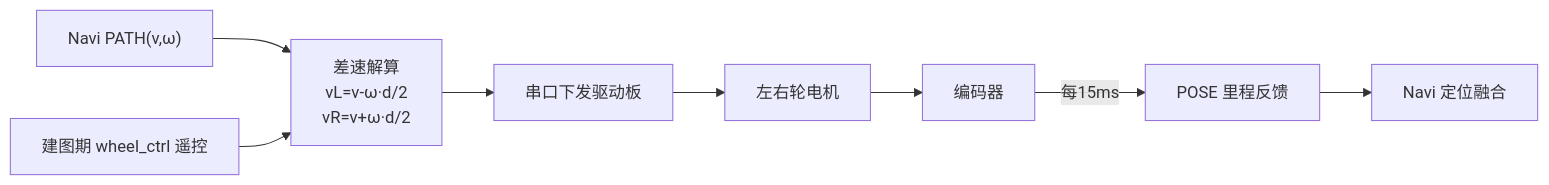
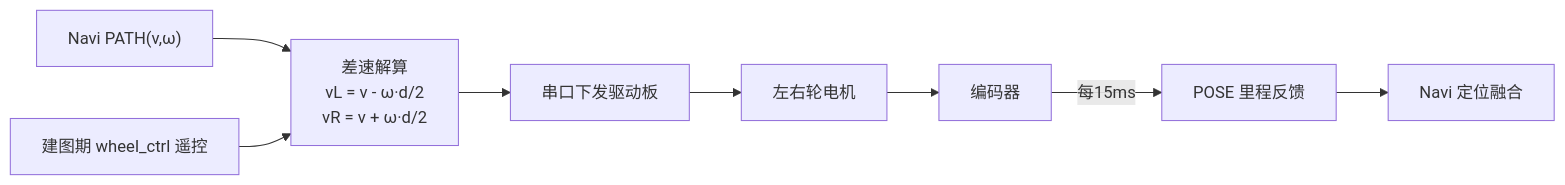
Diagram 16 of 32 in 竞赛文档/作品设计文档.md (Drahann/OpenHarmonyCar), drawn with Mermaid before and after one commit. The commit also changed other lines of this file, not shown here.

First line of the commit message:
docs: 作品设计文档重做——技术深挖(面向评委)+按DDO写软总线+全导航算法图+删冗余

````diff
--- a/竞赛文档/作品设计文档.md
+++ b/竞赛文档/作品设计文档.md
@@ -416,10 +614,10 @@
 ```mermaid
 graph LR
-  PATH["Navi PATH(v,ω)"] --> SOLVE["差速解算<br/>vL=v-ω·d/2<br/>vR=v+ω·d/2"]
+  PATH["Navi PATH(v,ω)"] --> SOLVE["差速解算<br/>vL = v - ω·d/2<br/>vR = v + ω·d/2"]
   WCTRL["建图期 wheel_ctrl 遥控"] --> SOLVE
   SOLVE --> SERIAL["串口下发驱动板"]
   SERIAL --> MOTOR["左右轮电机"]
   MOTOR --> ENC["编码器"]
   ENC -->|"每15ms"| POSE["POSE 里程反馈"]
   POSE --> NAVI["Navi 定位融合"]
 ```
````
